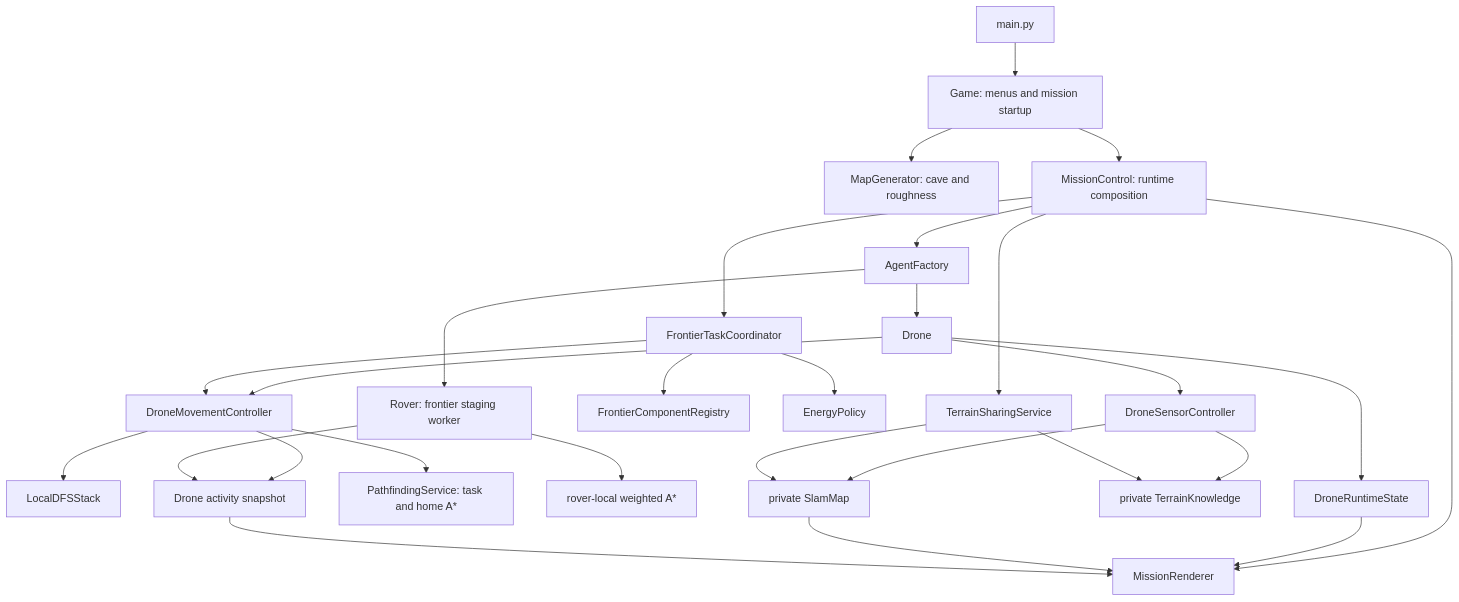
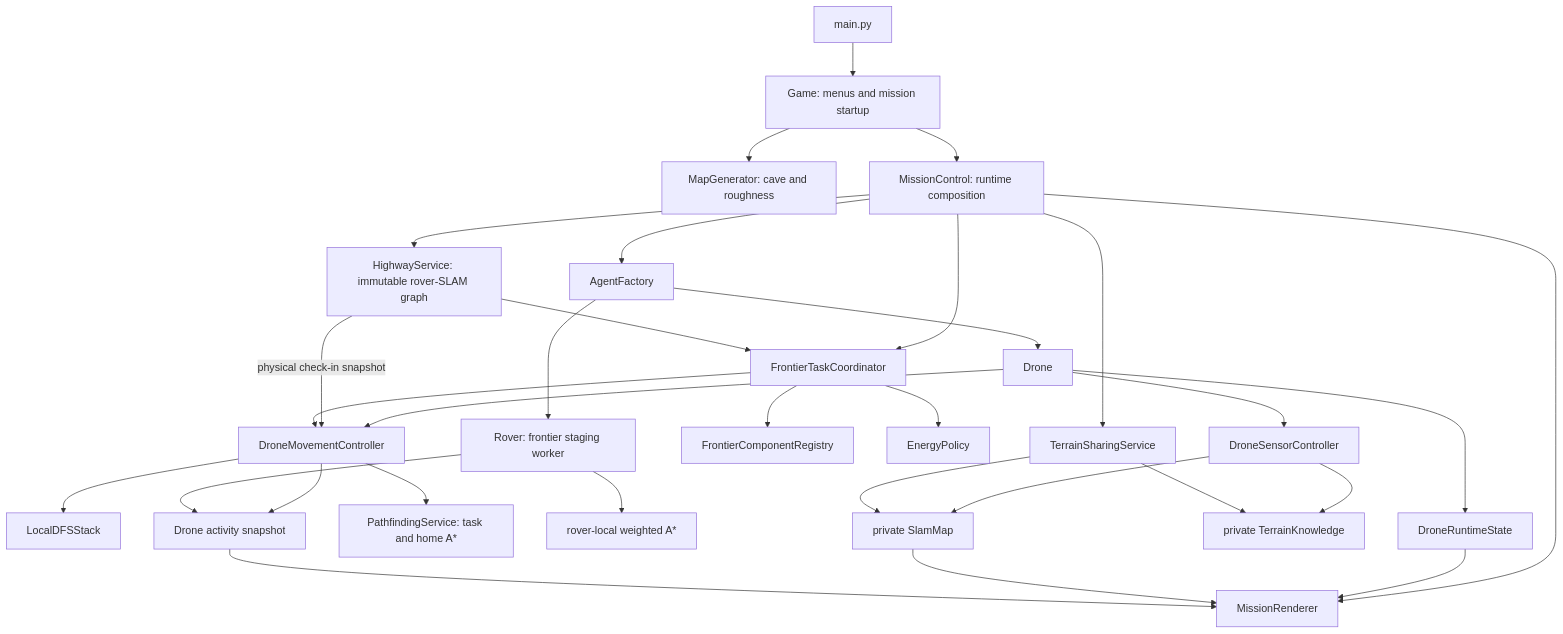
Before and after one commit to Gmark117/Cave_Game: the first of 2 diagrams in docs/CODEFLOW.md, drawn with Mermaid. The commit also changed other lines of this file and 23 other files, not shown here.

````diff
--- a/docs/CODEFLOW.md
+++ b/docs/CODEFLOW.md
@@ -8,30 +8,33 @@
 ```mermaid
 flowchart TD
     Main["main.py"] --> Game["Game: menus and mission startup"]
     Game --> Map["MapGenerator: cave and roughness"]
     Game --> Mission["MissionControl: runtime composition"]
     Mission --> Factory["AgentFactory"]
     Factory --> Drone["Drone"]
     Factory --> Rover["Rover: frontier staging worker"]
     Drone --> Movement["DroneMovementController"]
     Mission --> Coordinator["FrontierTaskCoordinator"]
+    Mission --> Highway["HighwayService: immutable rover-SLAM graph"]
     Coordinator --> Registry["FrontierComponentRegistry"]
     Coordinator --> Energy["EnergyPolicy"]
+    Highway --> Coordinator
+    Highway -->|physical check-in snapshot| Movement
     Coordinator --> Movement
     Movement --> DFS["LocalDFSStack"]
     Drone --> Sensor["DroneSensorController"]
     Drone --> State["DroneRuntimeState"]
     Movement --> AStar["PathfindingService: task and home A*"]
     Rover --> RoverAStar["rover-local weighted A*"]
     Sensor --> Slam["private SlamMap"]
     Sensor --> Terrain["private TerrainKnowledge"]
     Mission --> Sharing["TerrainSharingService"]
     Sharing --> Slam
     Sharing --> Terrain
     Mission --> Render["MissionRenderer"]
     State --> Render
     Slam --> Render
     Movement --> UIState["Drone activity snapshot"]
     Rover --> UIState
     UIState --> Render
 ```
````
